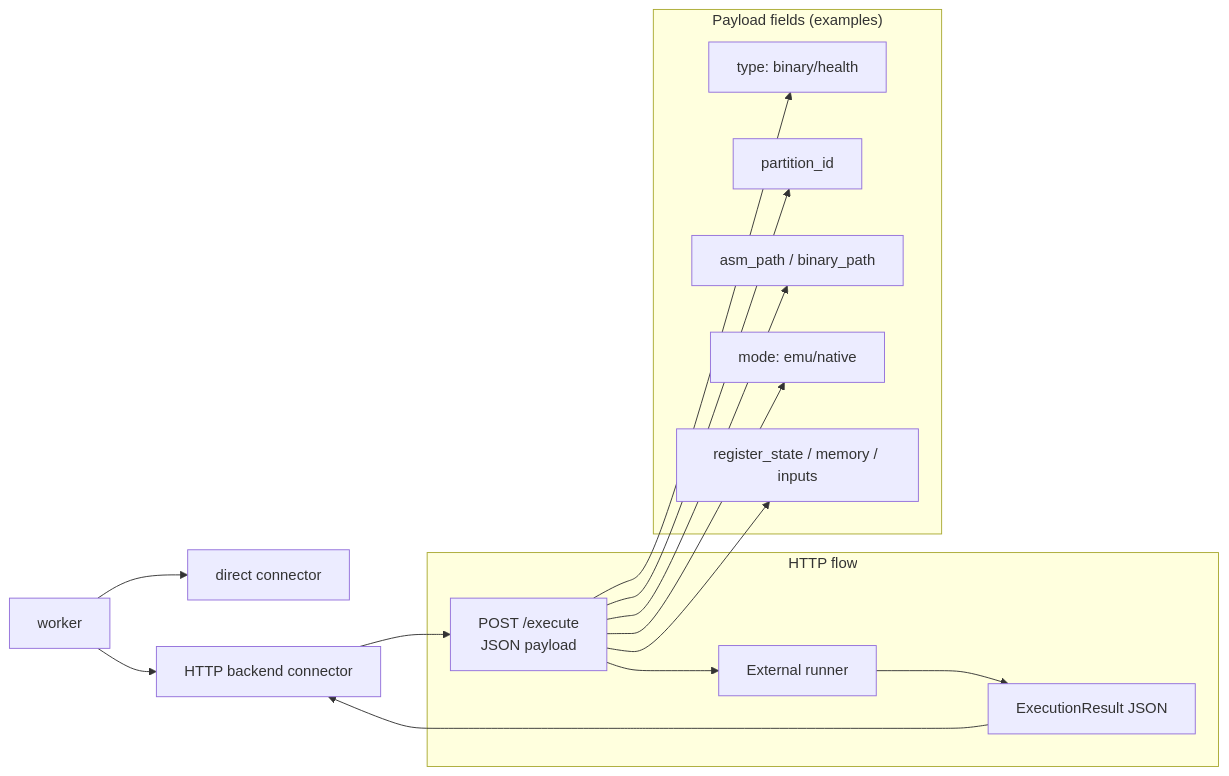
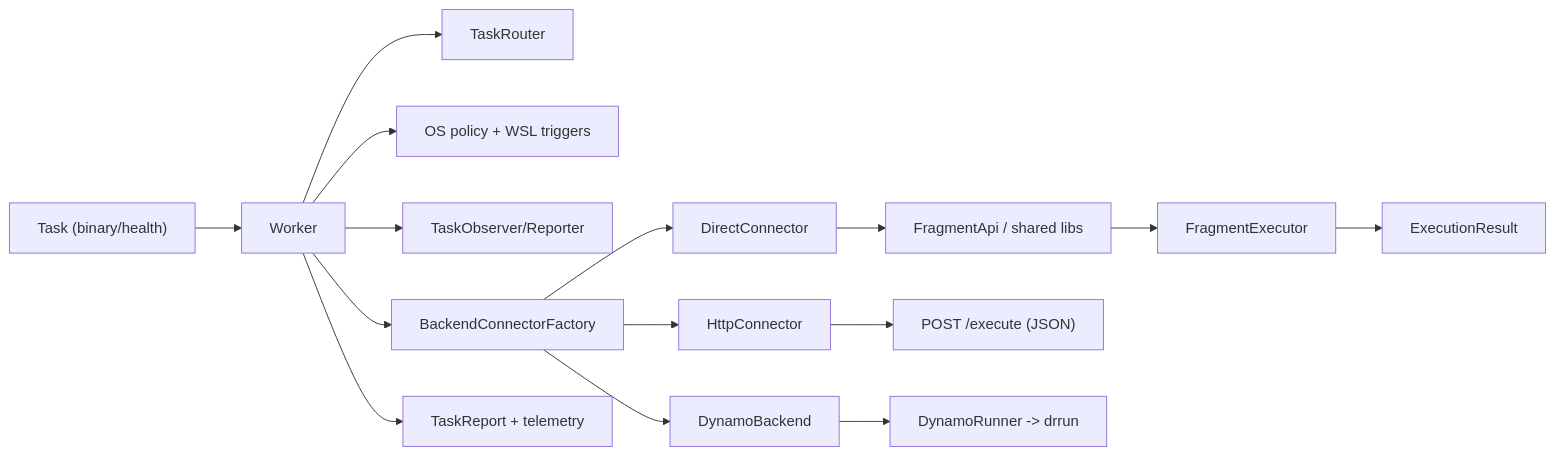
The second of 4 diagrams in README.md (Silicium-Project/Fusion), drawn with Mermaid before and after one commit. The commit also changed other lines of this file, not shown here.

Commit message:
docs(readme): reset and add complete architecture graph

````diff
--- a/README.md
+++ b/README.md
@@ -81,28 +152,20 @@
 ```mermaid
 flowchart LR
-  Worker["worker"] --> Direct["direct connector"]
-  Worker --> HttpBackend["HTTP backend connector"]
+  Task["Task (binary/health)"] --> Worker["Worker"]
+  Worker --> Router["TaskRouter"]
+  Worker --> Policy["OS policy + WSL triggers"]
+  Worker --> Obs["TaskObserver/Reporter"]
 
-  subgraph HttpFlow["HTTP flow"]
-    Req["POST /execute
-JSON payload"] --> Runner["External runner"]
-    Runner --> Res["ExecutionResult JSON"]
-  end
+  Worker --> CFactory["BackendConnectorFactory"]
+  CFactory --> Direct["DirectConnector"]
+  CFactory --> Http["HttpConnector"]
+  CFactory --> Dynamo["DynamoBackend"]
 
-  HttpBackend --> Req
-  Res --> HttpBackend
+  Direct --> FFI["FragmentApi / shared libs"]
+  Http --> HttpExec["POST /execute (JSON)"]
+  Dynamo --> Drrun["DynamoRunner -> drrun"]
 
-  subgraph Payload["Payload fields (examples)"]
-    Type["type: binary/health"]
-    Part["partition_id"]
-    Paths["asm_path / binary_path"]
-    Mode["mode: emu/native"]
-    Inputs["register_state / memory / inputs"]
-  end
-
-  Req --> Type
-  Req --> Part
-  Req --> Paths
-  Req --> Mode
-  Req --> Inputs
+  FFI --> Exec["FragmentExecutor"]
+  Exec --> Result["ExecutionResult"]
+  Worker --> Report["TaskReport + telemetry"]
 ```
````
